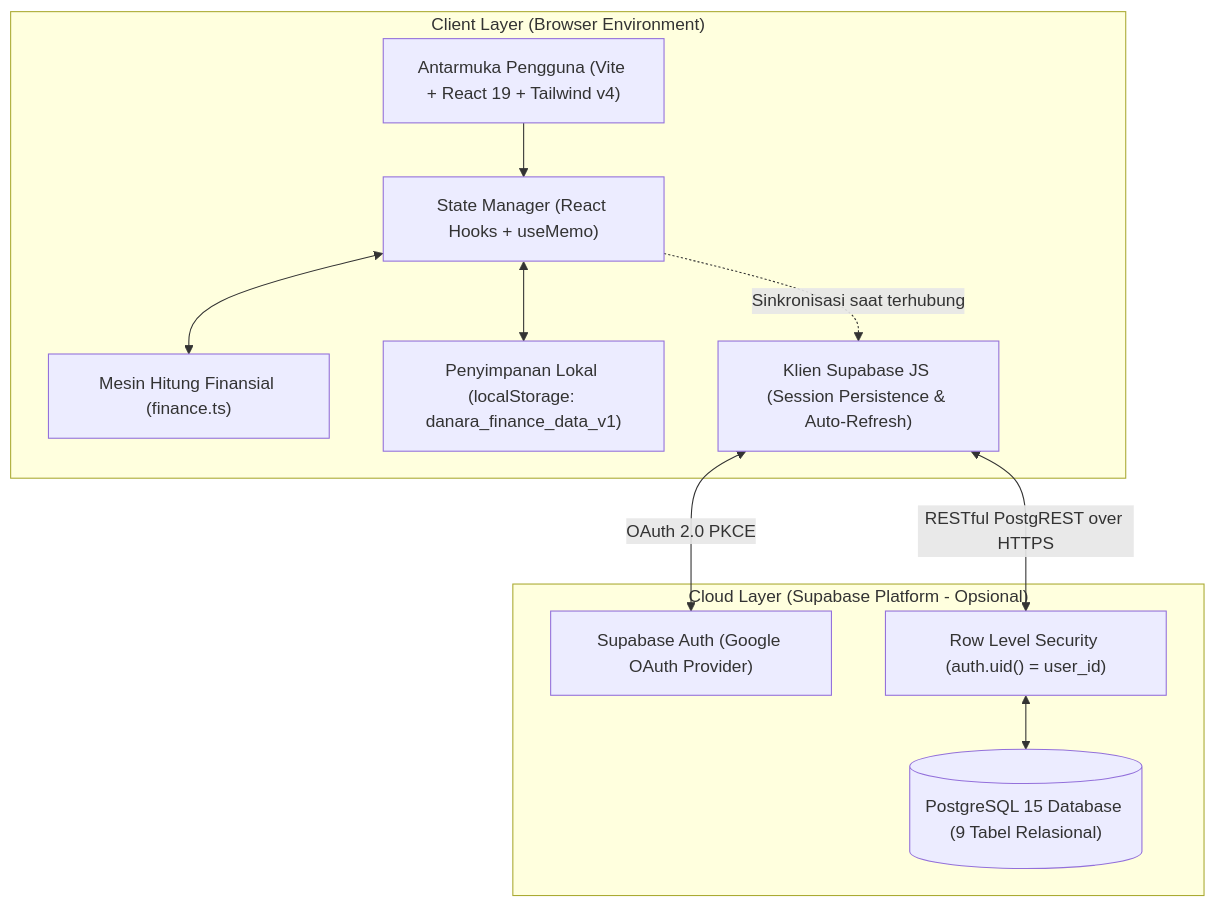
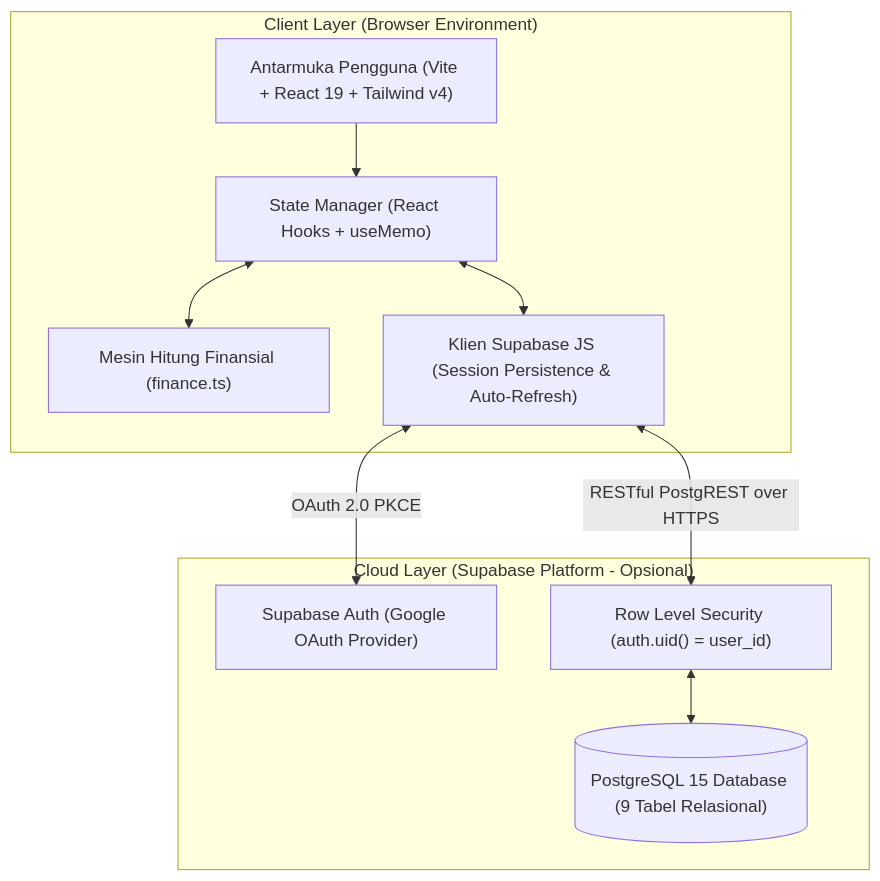
One commit to Mualnudarza/DANARA changed the first of 2 diagrams in docs/ARCHITECTURE.md. Above: the diagram before and after it, drawn with Mermaid. The commit also changed other lines of this file and 14 other files, not shown here.

Commit message:
fix: enforce cloud-only finance data

````diff
--- a/docs/ARCHITECTURE.md
+++ b/docs/ARCHITECTURE.md
@@ -13,24 +13,22 @@
 ```mermaid
 graph TD
     subgraph ClientLayer ["Client Layer (Browser Environment)"]
         UI["Antarmuka Pengguna (Vite + React 19 + Tailwind v4)"]
         State["State Manager (React Hooks + useMemo)"]
         FinanceEngine["Mesin Hitung Finansial (finance.ts)"]
-        LocalStorage["Penyimpanan Lokal (localStorage: danara_finance_data_v1)"]
         SupabaseClient["Klien Supabase JS (Session Persistence & Auto-Refresh)"]
     end
 
     subgraph CloudLayer ["Cloud Layer (Supabase Platform - Opsional)"]
         AuthService["Supabase Auth (Google OAuth Provider)"]
         PostgresDB[("PostgreSQL 15 Database (9 Tabel Relasional)")]
         RLSPolicies["Row Level Security (auth.uid() = user_id)"]
     end
 
     UI --> State
     State <--> FinanceEngine
-    State <--> LocalStorage
-    State -.->|"Sinkronisasi saat terhubung"| SupabaseClient
+    State <--> SupabaseClient
     SupabaseClient <-->|"OAuth 2.0 PKCE"| AuthService
     SupabaseClient <-->|"RESTful PostgREST over HTTPS"| RLSPolicies
     RLSPolicies <--> PostgresDB
 ```
````
